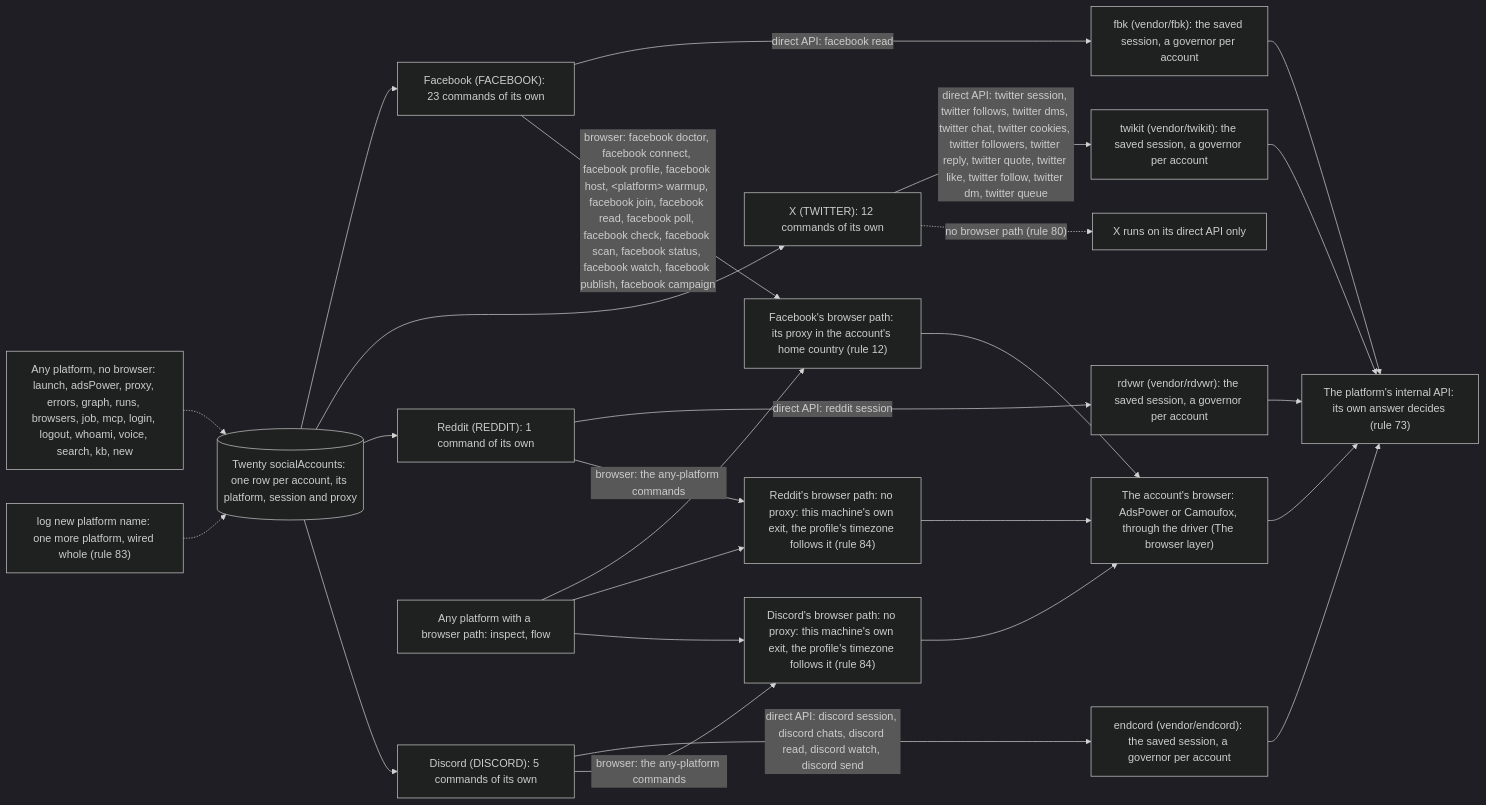
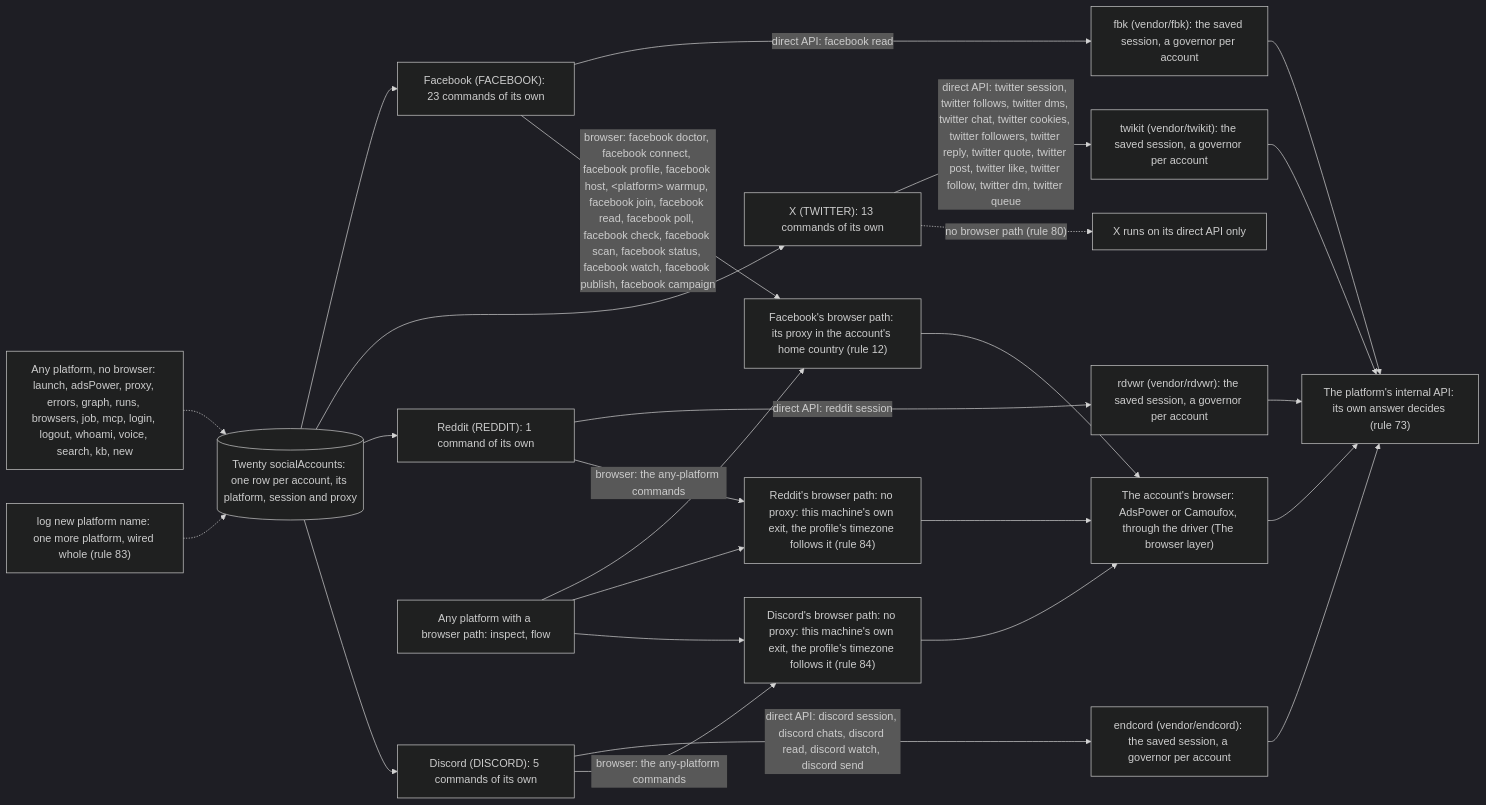
The diagram in docs/diagrams/platforms.mmd (matthewdonsemail-lab/log), drawn with Mermaid (dark theme) before and after one commit. The commit also changed 22 other files, not shown here.

Commit message:
feat(twitter): log twitter post, an original post with a video or images

```diff
--- a/docs/diagrams/platforms.mmd
+++ b/docs/diagrams/platforms.mmd
@@ -1,37 +1,37 @@
 %% The platforms. log-cli is platform-agnostic: each platform is a row in `PLATFORMS` and `PLATFORM_SITES` (`src/cli/runner/helpers/platforms.ts`), with its direct-API client from `DIRECT_ROUTES` (`src/directApi/engine`) and its browser path, with or without a proxy. A new one is made by `log new platform <name>` (rule 83).
 %% Written by `bun run docs:build` from the code (rule 56). Not edited by hand.
 flowchart LR
   twenty[("Twenty socialAccounts: one row per account, its platform, session and proxy")]
   api["The platform's internal API: its own answer decides (rule 73)"]
   drivers["The account's browser: AdsPower or Camoufox, through the driver (The browser layer)"]
   p_facebook["Facebook (FACEBOOK): 23 commands of its own"]
   twenty --> p_facebook
   p_facebook -->|"direct API: facebook read"| e_fbk["fbk (vendor/fbk): the saved session, a governor per account"]
   e_fbk --> api
   p_facebook -->|"browser: facebook doctor, facebook connect, facebook profile, facebook host, #lt;platform#gt; warmup, facebook join, facebook read, facebook poll, facebook check, facebook scan, facebook status, facebook watch, facebook publish, facebook campaign"| b_facebook["Facebook's browser path: its proxy in the account's home country (rule 12)"]
   b_facebook --> drivers
-  p_twitter["X (TWITTER): 12 commands of its own"]
+  p_twitter["X (TWITTER): 13 commands of its own"]
   twenty --> p_twitter
-  p_twitter -->|"direct API: twitter session, twitter follows, twitter dms, twitter chat, twitter cookies, twitter followers, twitter reply, twitter quote, twitter like, twitter follow, twitter dm, twitter queue"| e_twikit["twikit (vendor/twikit): the saved session, a governor per account"]
+  p_twitter -->|"direct API: twitter session, twitter follows, twitter dms, twitter chat, twitter cookies, twitter followers, twitter reply, twitter quote, twitter post, twitter like, twitter follow, twitter dm, twitter queue"| e_twikit["twikit (vendor/twikit): the saved session, a governor per account"]
   e_twikit --> api
   p_twitter -.->|"no browser path (rule 80)"| nob_twitter["X runs on its direct API only"]
   p_reddit["Reddit (REDDIT): 1 command of its own"]
   twenty --> p_reddit
   p_reddit -->|"direct API: reddit session"| e_rdvwr["rdvwr (vendor/rdvwr): the saved session, a governor per account"]
   e_rdvwr --> api
   p_reddit -->|"browser: the any-platform commands"| b_reddit["Reddit's browser path: no proxy: this machine's own exit, the profile's timezone follows it (rule 84)"]
   b_reddit --> drivers
   p_discord["Discord (DISCORD): 5 commands of its own"]
   twenty --> p_discord
   p_discord -->|"direct API: discord session, discord chats, discord read, discord watch, discord send"| e_endcord["endcord (vendor/endcord): the saved session, a governor per account"]
   e_endcord --> api
   p_discord -->|"browser: the any-platform commands"| b_discord["Discord's browser path: no proxy: this machine's own exit, the profile's timezone follows it (rule 84)"]
   b_discord --> drivers
   anyB["Any platform with a browser path: inspect, flow"]
   anyB --> b_facebook
   anyB --> b_reddit
   anyB --> b_discord
   anyN["Any platform, no browser: launch, adsPower, proxy, errors, graph, runs, browsers, job, mcp, login, logout, whoami, voice, search, kb, new"]
   anyN -.-> twenty
   newP["log new platform name: one more platform, wired whole (rule 83)"] -.-> twenty
   drivers --> api
```
